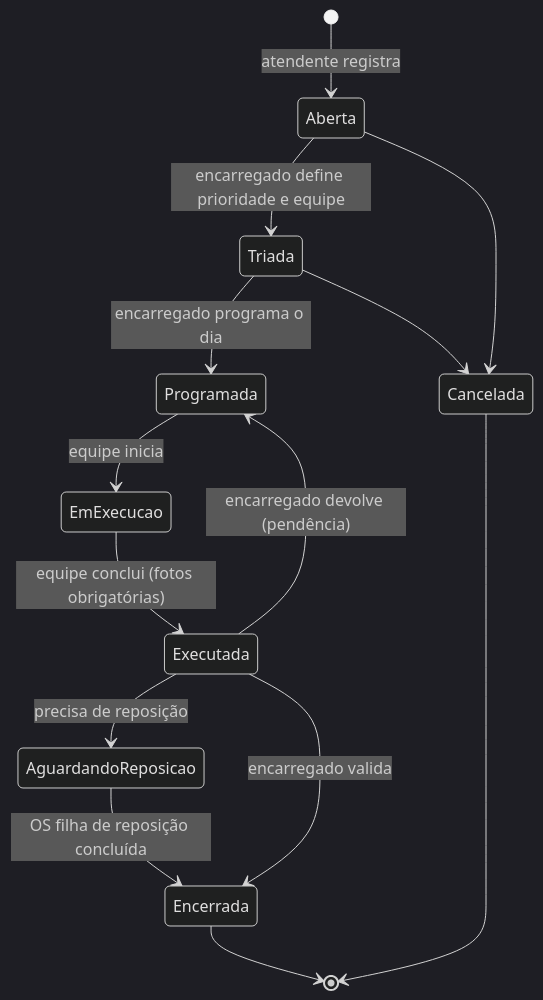
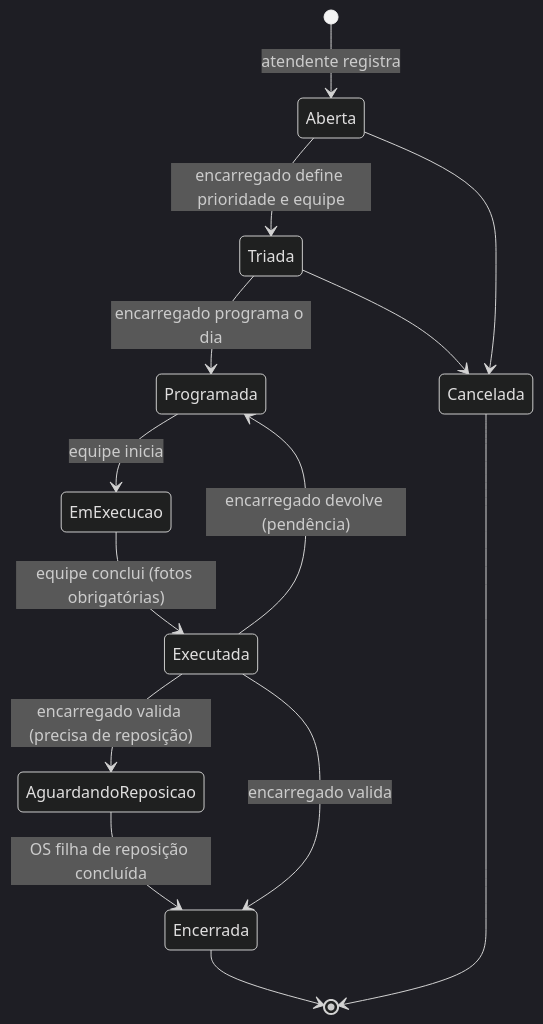
One commit to jusante-org/jusante changed the diagram in docs/mvp-ordens-de-servico.md. Above: the diagram before and after it, drawn with Mermaid (dark theme). The commit also changed other lines of this file and 33 other files, not shown here.

````diff
--- a/docs/mvp-ordens-de-servico.md
+++ b/docs/mvp-ordens-de-servico.md
@@ -30,16 +30,16 @@
 ```mermaid
 stateDiagram-v2
     [*] --> Aberta: atendente registra
     Aberta --> Triada: encarregado define prioridade e equipe
     Triada --> Programada: encarregado programa o dia
     Programada --> EmExecucao: equipe inicia
     EmExecucao --> Executada: equipe conclui (fotos obrigatórias)
     Executada --> Programada: encarregado devolve (pendência)
-    Executada --> AguardandoReposicao: precisa de reposição
+    Executada --> AguardandoReposicao: encarregado valida (precisa de reposição)
     AguardandoReposicao --> Encerrada: OS filha de reposição concluída
     Executada --> Encerrada: encarregado valida
     Aberta --> Cancelada
     Triada --> Cancelada
     Encerrada --> [*]
     Cancelada --> [*]
 ```
````
